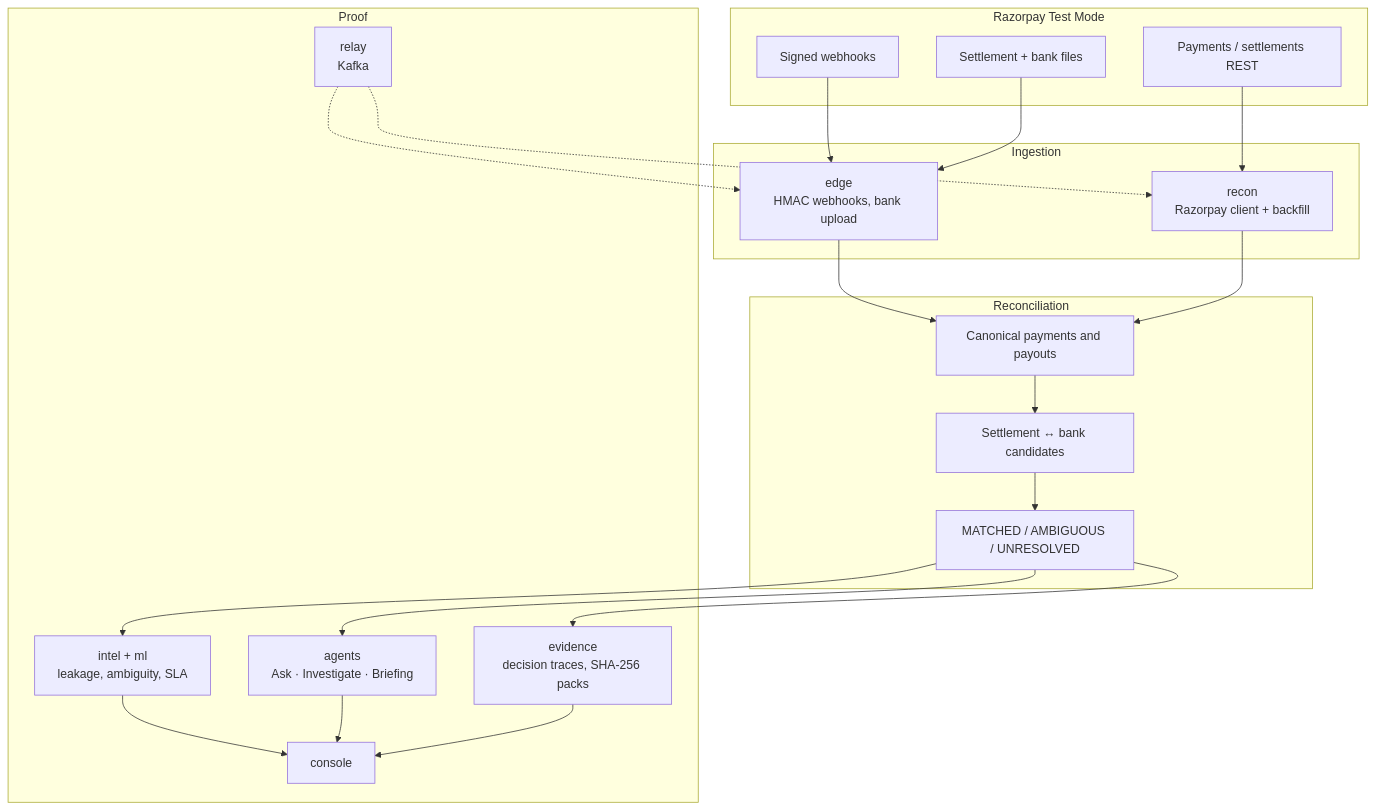
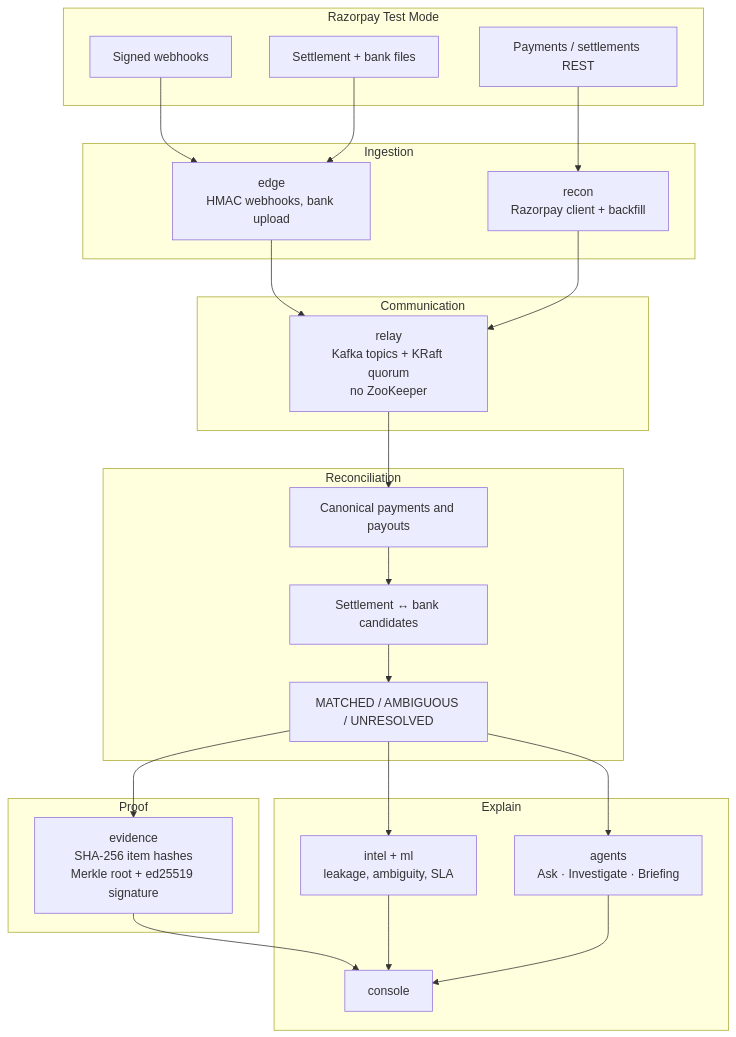
One commit to swaroopt14/razorpay-reconciliation changed the diagram in README.md. Above: the diagram before and after it, drawn with Mermaid. The commit also changed other lines of this file, not shown here.

First line of the commit message:
Separate relay (Kafka/KRaft bus) from evidence (cryptographic proof).

````diff
--- a/README.md
+++ b/README.md
@@ -58,43 +58,48 @@
 ```mermaid
 flowchart TB
     subgraph razorpay [Razorpay Test Mode]
         API["Payments / settlements REST"]
         WH["Signed webhooks"]
         Files["Settlement + bank files"]
     end
 
     subgraph ingest [Ingestion]
         Edge["edge<br/>HMAC webhooks, bank upload"]
         ReconIn["recon<br/>Razorpay client + backfill"]
     end
 
+    subgraph bus [Communication]
+        Relay["relay<br/>Kafka topics + KRaft quorum<br/>no ZooKeeper"]
+    end
+
     subgraph match [Reconciliation]
         Canonical["Canonical payments and payouts"]
         SettleBank["Settlement ↔ bank candidates"]
         Finance["MATCHED / AMBIGUOUS / UNRESOLVED"]
     end
 
-    subgraph prove [Proof]
-        Evidence["evidence<br/>decision traces, SHA-256 packs"]
+    subgraph proof [Proof]
+        Evidence["evidence<br/>SHA-256 item hashes<br/>Merkle root + ed25519 signature"]
+    end
+
+    subgraph explain [Explain]
+        Intel["intel + ml<br/>leakage, ambiguity, SLA"]
         Agents["agents<br/>Ask · Investigate · Briefing"]
-        Intel["intel + ml<br/>leakage, ambiguity, SLA"]
         Console["console"]
-        Relay["relay<br/>Kafka"]
     end
 
     API --> ReconIn
     WH --> Edge
     Files --> Edge
-    Edge --> Canonical
-    ReconIn --> Canonical
+    Edge --> Relay
+    ReconIn --> Relay
+    Relay --> Canonical
     Canonical --> SettleBank
     SettleBank --> Finance
     Finance --> Evidence
+    Finance --> Intel
     Finance --> Agents
-    Finance --> Intel
+    Evidence --> Console
     Intel --> Console
     Agents --> Console
-    Evidence --> Console
-    Relay -.-> Edge
-    Relay -.-> ReconIn
 ```
````
